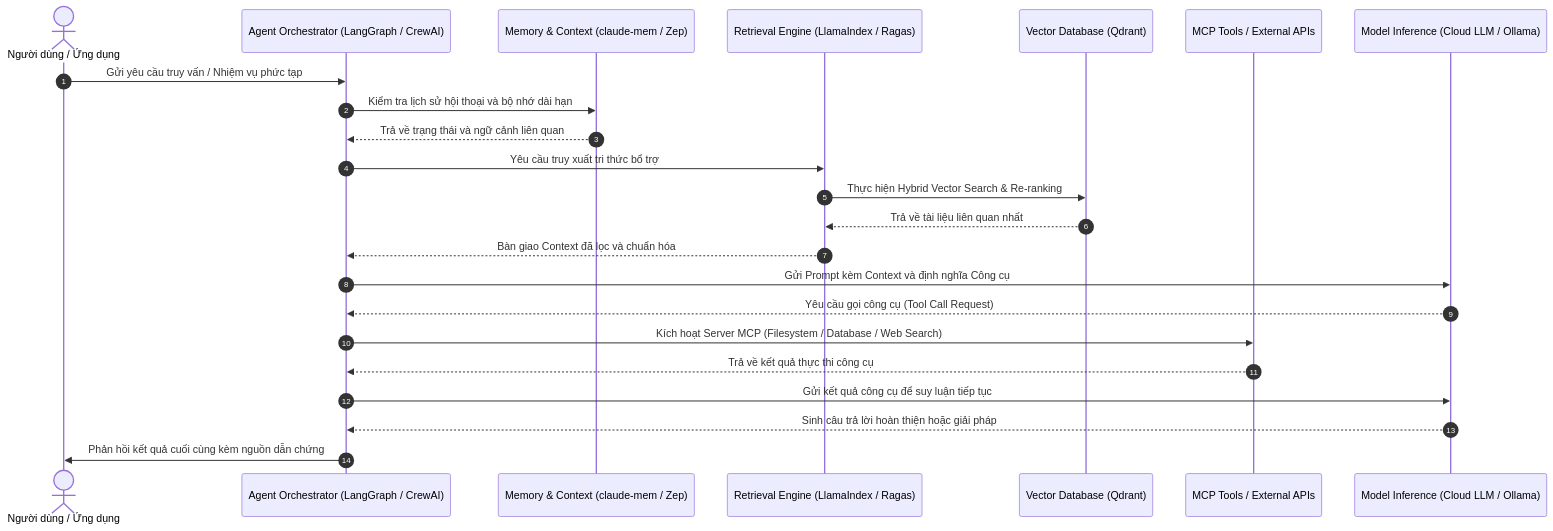
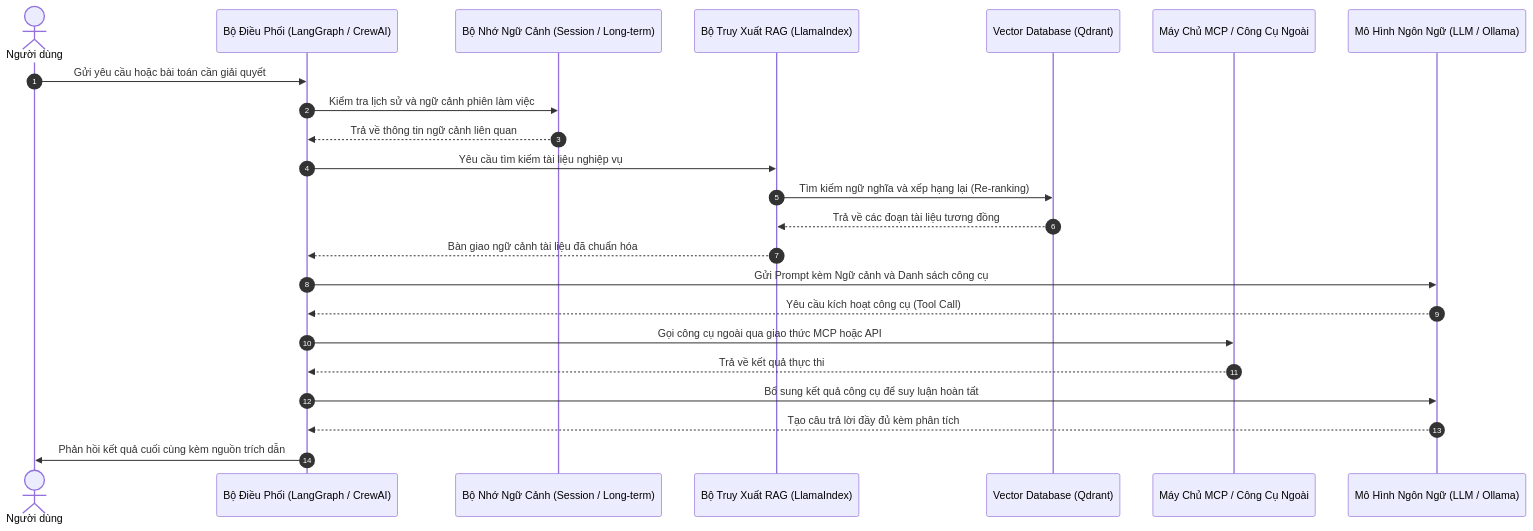
Before and after one commit to ngophatneknha/ai-engineering-hub: the second of 2 diagrams in README.md, drawn with Mermaid. The commit also changed other lines of this file, not shown here.

Commit message:
docs: Refine README with personal self-study and community sharing tone (accented Vietnamese, diagrams intact, no emojis)

````diff
--- a/README.md
+++ b/README.md
@@ -132,26 +145,26 @@
 ```mermaid
 sequenceDiagram
     autonumber
-    actor User as Người dùng / Ứng dụng
-    participant Agent as Agent Orchestrator (LangGraph / CrewAI)
-    participant Memory as Memory & Context (claude-mem / Zep)
-    participant RAG as Retrieval Engine (LlamaIndex / Ragas)
+    actor User as Người dùng
+    participant Orchestrator as Bộ Điều Phối (LangGraph / CrewAI)
+    participant Memory as Bộ Nhớ Ngữ Cảnh (Session / Long-term)
+    participant Retriever as Bộ Truy Xuất RAG (LlamaIndex)
     participant VectorDB as Vector Database (Qdrant)
-    participant MCP as MCP Tools / External APIs
-    participant LLM as Model Inference (Cloud LLM / Ollama)
+    participant Tools as Máy Chủ MCP / Công Cụ Ngoài
+    participant Model as Mô Hình Ngôn Ngữ (LLM / Ollama)
 
-    User->>Agent: Gửi yêu cầu truy vấn / Nhiệm vụ phức tạp
-    Agent->>Memory: Kiểm tra lịch sử hội thoại và bộ nhớ dài hạn
-    Memory-->>Agent: Trả về trạng thái và ngữ cảnh liên quan
-    Agent->>RAG: Yêu cầu truy xuất tri thức bổ trợ
-    RAG->>VectorDB: Thực hiện Hybrid Vector Search & Re-ranking
-    VectorDB-->>RAG: Trả về tài liệu liên quan nhất
-    RAG-->>Agent: Bàn giao Context đã lọc và chuẩn hóa
-    Agent->>LLM: Gửi Prompt kèm Context và định nghĩa Công cụ
-    LLM-->>Agent: Yêu cầu gọi công cụ (Tool Call Request)
-    Agent->>MCP: Kích hoạt Server MCP (Filesystem / Database / Web Search)
-    MCP-->>Agent: Trả về kết quả thực thi công cụ
-    Agent->>LLM: Gửi kết quả công cụ để suy luận tiếp tục
-    LLM-->>Agent: Sinh câu trả lời hoàn thiện hoặc giải pháp
-    Agent->>User: Phản hồi kết quả cuối cùng kèm nguồn dẫn chứng
+    User->>Orchestrator: Gửi yêu cầu hoặc bài toán cần giải quyết
+    Orchestrator->>Memory: Kiểm tra lịch sử và ngữ cảnh phiên làm việc
+    Memory-->>Orchestrator: Trả về thông tin ngữ cảnh liên quan
+    Orchestrator->>Retriever: Yêu cầu tìm kiếm tài liệu nghiệp vụ
+    Retriever->>VectorDB: Tìm kiếm ngữ nghĩa và xếp hạng lại (Re-ranking)
+    VectorDB-->>Retriever: Trả về các đoạn tài liệu tương đồng
+    Retriever-->>Orchestrator: Bàn giao ngữ cảnh tài liệu đã chuẩn hóa
+    Orchestrator->>Model: Gửi Prompt kèm Ngữ cảnh và Danh sách công cụ
+    Model-->>Orchestrator: Yêu cầu kích hoạt công cụ (Tool Call)
+    Orchestrator->>Tools: Gọi công cụ ngoài qua giao thức MCP hoặc API
+    Tools-->>Orchestrator: Trả về kết quả thực thi
+    Orchestrator->>Model: Bổ sung kết quả công cụ để suy luận hoàn tất
+    Model-->>Orchestrator: Tạo câu trả lời đầy đủ kèm phân tích
+    Orchestrator->>User: Phản hồi kết quả cuối cùng kèm nguồn trích dẫn
 ```
````
